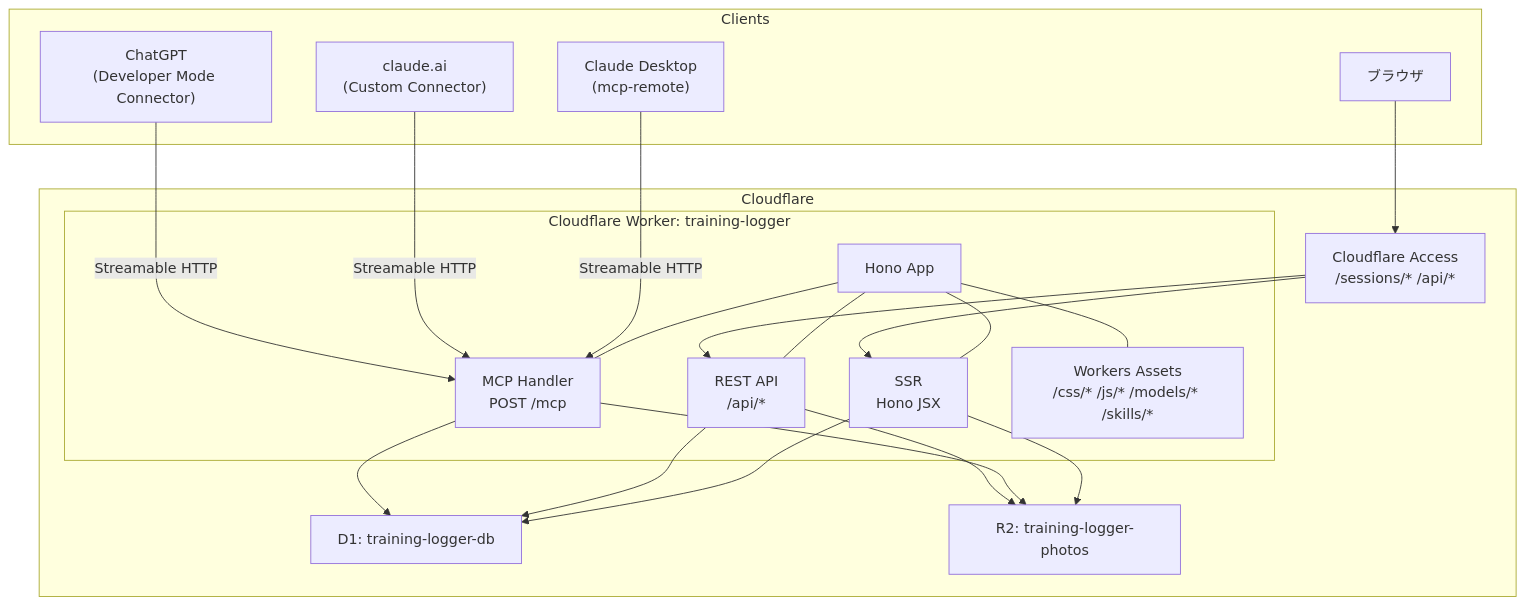
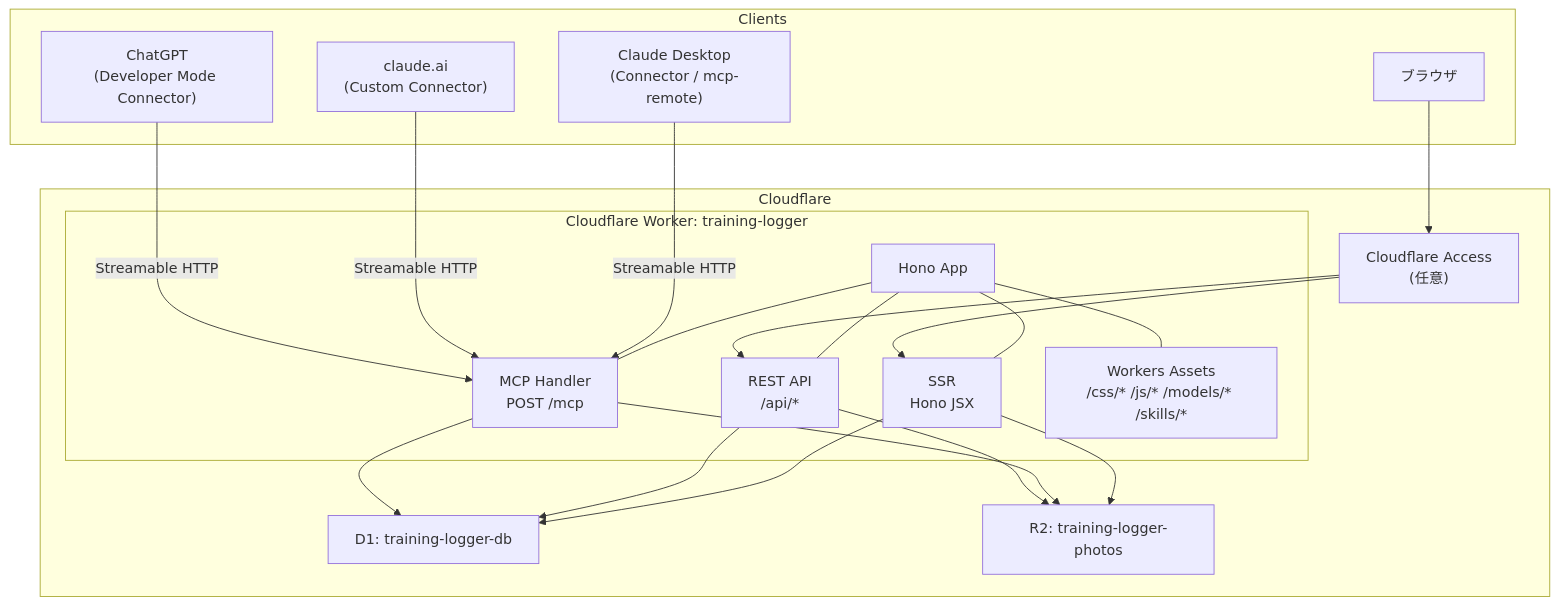
The first of 3 diagrams in docs/architecture.md (japan4415/training-logger), drawn with Mermaid before and after one commit. The commit also changed other lines of this file and 12 other files, not shown here.

````diff
--- a/docs/architecture.md
+++ b/docs/architecture.md
@@ -41,43 +41,43 @@
 ```mermaid
 graph TB
     subgraph Clients
         ChatGPT["ChatGPT<br/>(Developer Mode Connector)"]
         ClaudeAI["claude.ai<br/>(Custom Connector)"]
-        ClaudeDesktop["Claude Desktop<br/>(mcp-remote)"]
+        ClaudeDesktop["Claude Desktop<br/>(Connector / mcp-remote)"]
         Browser["ブラウザ"]
     end
 
     subgraph Cloudflare
-        Access["Cloudflare Access<br/>/sessions/* /api/*"]
+        Access["Cloudflare Access<br/>(任意)"]
         subgraph Worker["Cloudflare Worker: training-logger"]
             HonoApp["Hono App"]
             MCP["MCP Handler<br/>POST /mcp"]
             REST["REST API<br/>/api/*"]
             SSR["SSR<br/>Hono JSX"]
             Assets["Workers Assets<br/>/css/* /js/* /models/* /skills/*"]
         end
 
         D1["D1: training-logger-db"]
         R2["R2: training-logger-photos"]
     end
 
     ChatGPT -->|"Streamable HTTP"| MCP
     ClaudeAI -->|"Streamable HTTP"| MCP
     ClaudeDesktop -->|"Streamable HTTP"| MCP
 
     Browser --> Access
     Access --> SSR
     Access --> REST
 
     HonoApp --- MCP
     HonoApp --- REST
     HonoApp --- SSR
     HonoApp --- Assets
 
     MCP --> D1
     REST --> D1
     SSR --> D1
     REST --> R2
     MCP --> R2
     SSR --> R2
 ```
````
